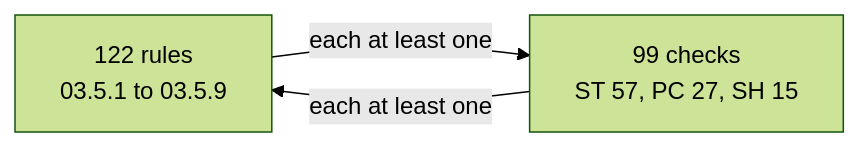
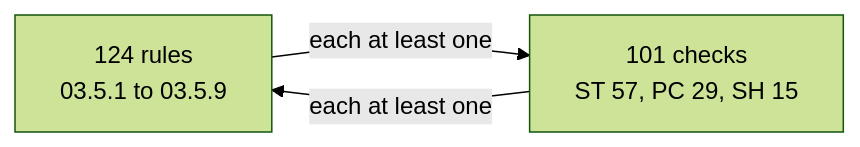
One commit to Elustondo-ai/alice.good.meetings changed the diagram in docs/asdg/08-low-level-design/03.6.5-s003-coverage-by-rule.md. Above: the diagram before and after it, drawn with Mermaid (forest theme). The commit also changed other lines of this file and 61 other files, not shown here.

````diff
--- a/docs/asdg/08-low-level-design/03.6.5-s003-coverage-by-rule.md
+++ b/docs/asdg/08-low-level-design/03.6.5-s003-coverage-by-rule.md
@@ -5,5 +5,5 @@
 ```mermaid
 flowchart LR
-    R["122 rules<br/>03.5.1 to 03.5.9"] -->|"each at least one"| C["99 checks<br/>ST 57, PC 27, SH 15"]
+    R["124 rules<br/>03.5.1 to 03.5.9"] -->|"each at least one"| C["101 checks<br/>ST 57, PC 29, SH 15"]
     C -->|"each at least one"| R
 ```
````
